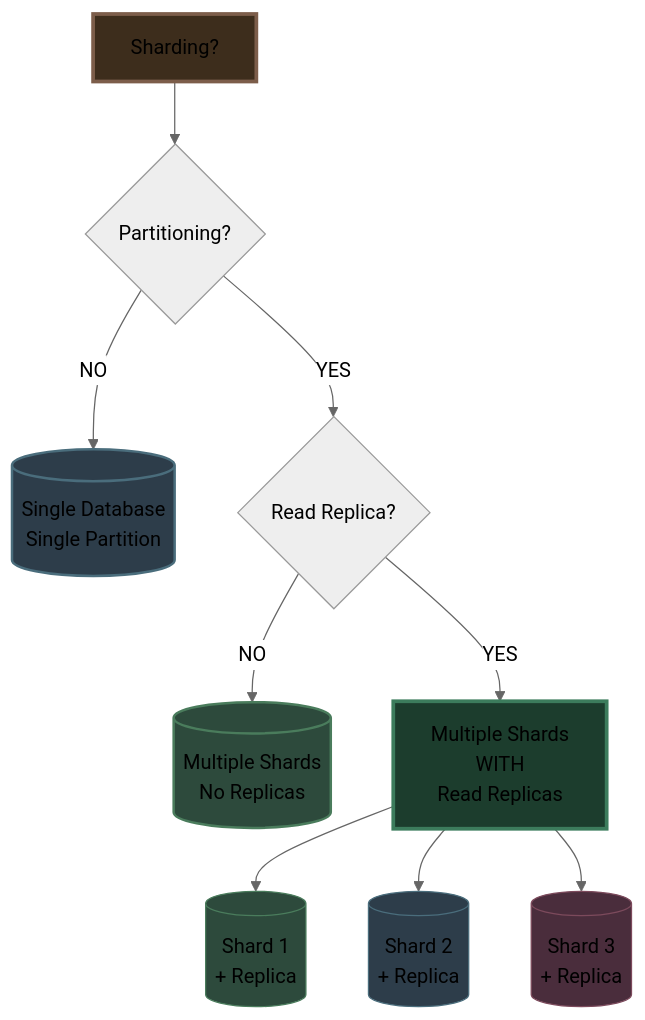
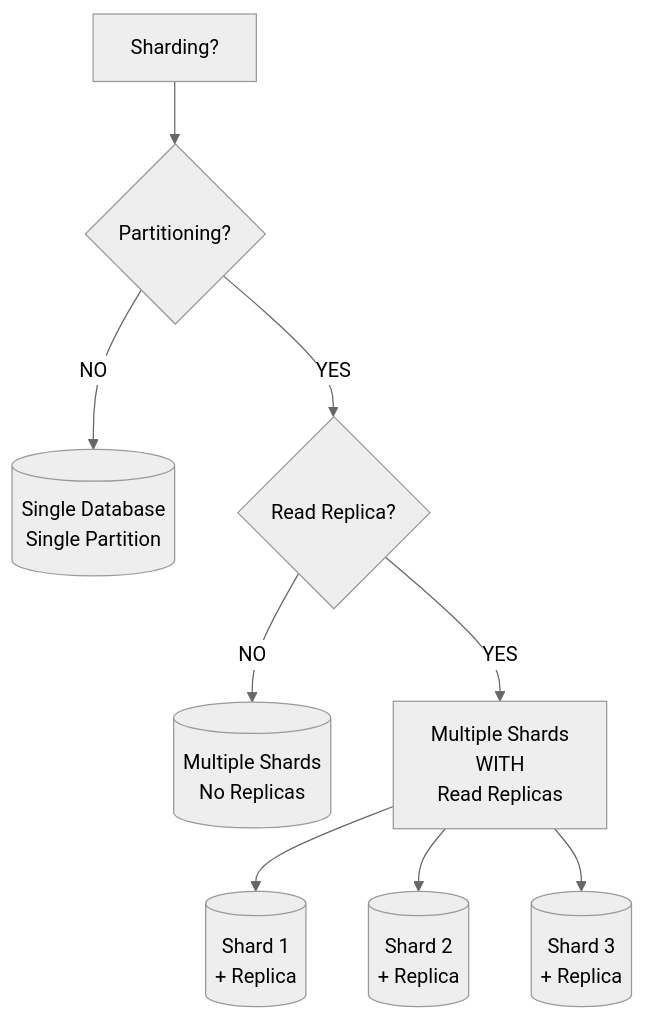
One commit to Yash-Kavaiya/The-System-Design-Masterclass changed diagram 14 of 21 in system design beginner/8. Sharding and Partitioning.md. Above: the diagram before and after it, drawn with Mermaid (neutral theme). The commit also changed other lines of this file, not shown here.

````diff
--- a/system design beginner/8. Sharding and Partitioning.md
+++ b/system design beginner/8. Sharding and Partitioning.md
@@ -375,26 +324,19 @@
 ```mermaid
 graph TB
     START[Sharding?]
     
     START --> PART{Partitioning?}
     
     PART -->|NO| SINGLE[(Single Database<br/>Single Partition)]
     
     PART -->|YES| REP{Read Replica?}
     
     REP -->|NO| MULTI[(Multiple Shards<br/>No Replicas)]
     
     REP -->|YES| BOTH[Multiple Shards<br/>WITH<br/>Read Replicas]
     
     BOTH --> ARCH[(Shard 1<br/>+ Replica)]
     BOTH --> ARCH2[(Shard 2<br/>+ Replica)]
     BOTH --> ARCH3[(Shard 3<br/>+ Replica)]
     
-    style START fill:#3d2d1c,stroke:#7c5d4a,stroke-width:3px
-    style SINGLE fill:#2d3d4a,stroke:#4a6d7c,stroke-width:2px
-    style MULTI fill:#2d4a3c,stroke:#4a7c5c,stroke-width:2px
-    style BOTH fill:#1c3d2d,stroke:#3c7c5c,stroke-width:3px
-    style ARCH fill:#2d4a3c,stroke:#4a7c5c
-    style ARCH2 fill:#2d3d4a,stroke:#4a6d7c
-    style ARCH3 fill:#4a2d3c,stroke:#7c4a5c
 ```
````
